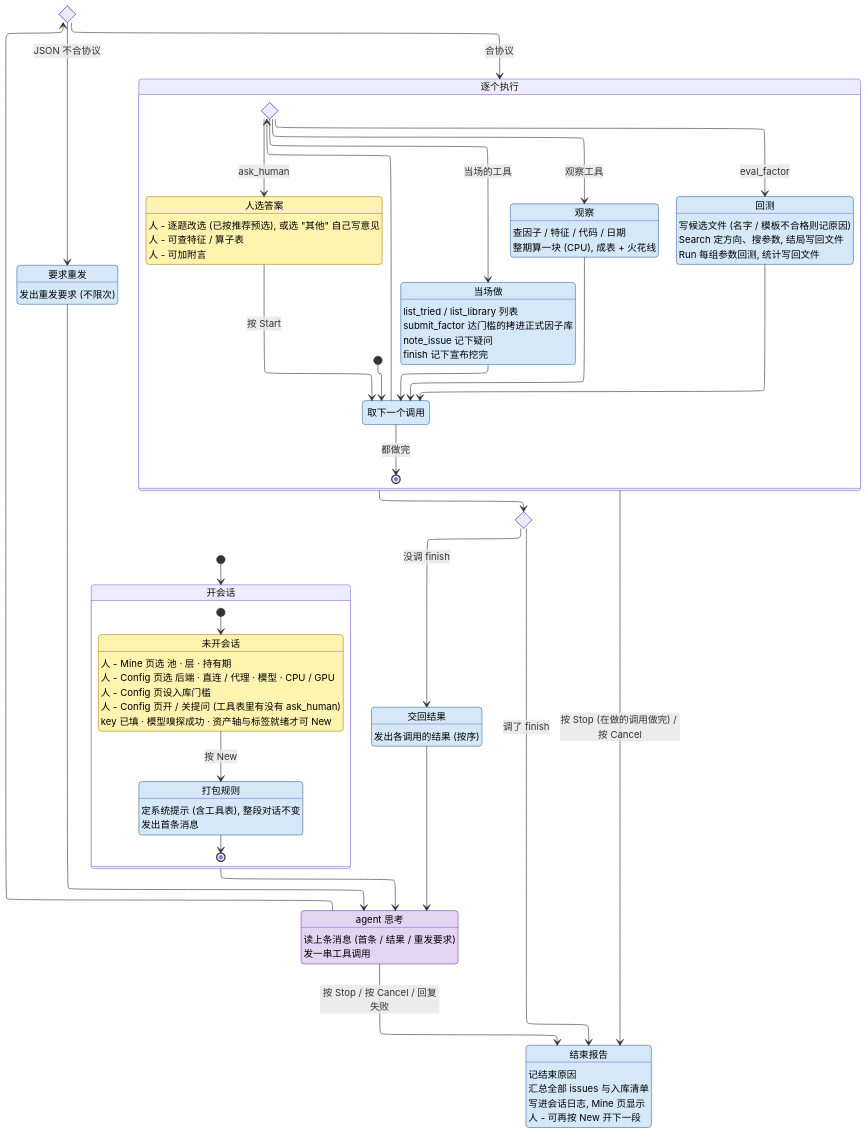
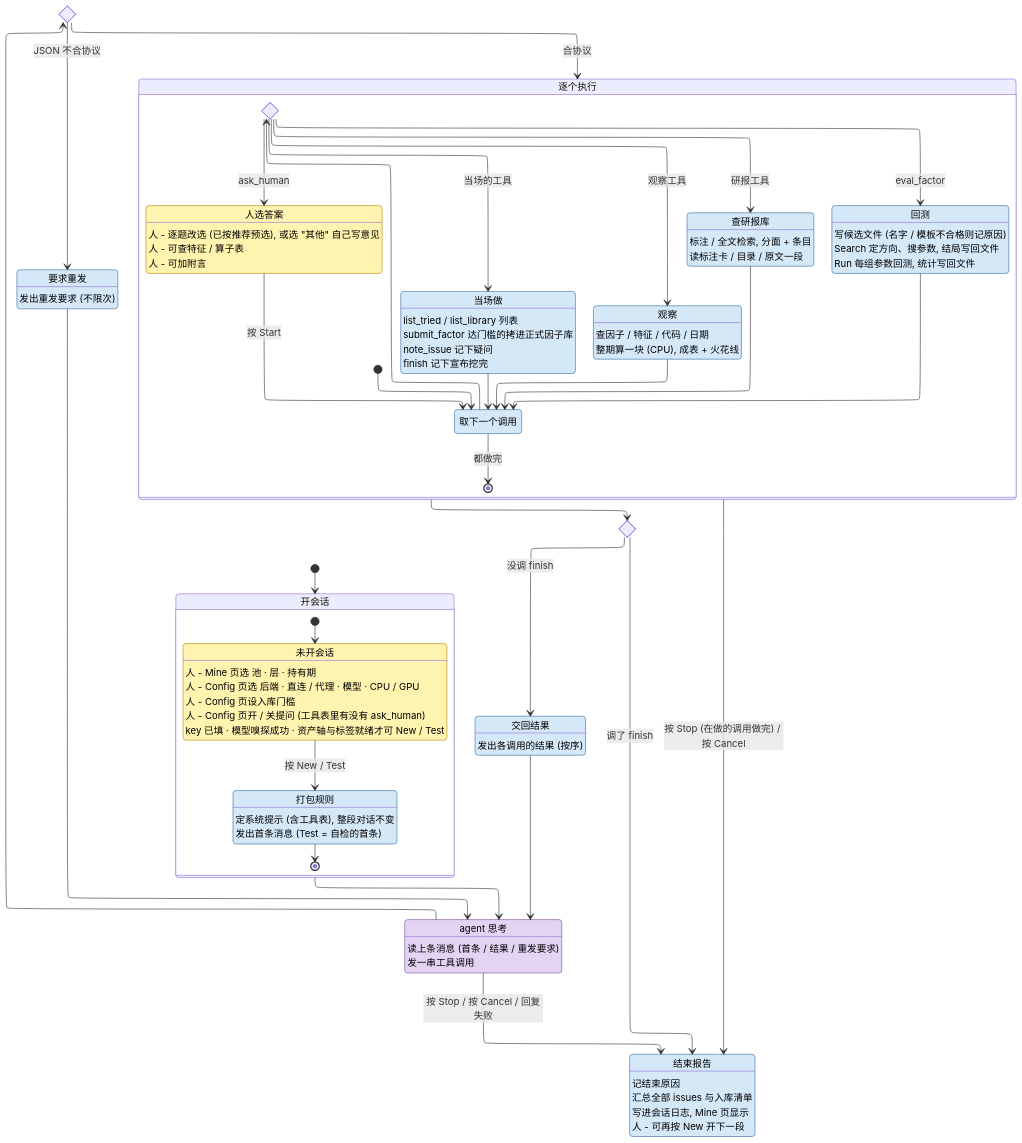
Before and after one commit to CoCoMilkyWay/stk: the diagram in AGENT.md, drawn with Mermaid. The commit also changed other lines of this file and 18 other files, not shown here.

````diff
--- a/AGENT.md
+++ b/AGENT.md
@@ -48,13 +49,13 @@
         None : 人 - Config 页选 后端 · 直连 / 代理 · 模型 · CPU / GPU
         None : 人 - Config 页设入库门槛
         None : 人 - Config 页开 / 关提问 (工具表里有没有 ask_human)
-        None : key 已填 · 模型嗅探成功 · 资产轴与标签就绪才可 New
+        None : key 已填 · 模型嗅探成功 · 资产轴与标签就绪才可 New / Test
         state "打包规则" as Pack
         Pack : 定系统提示 (含工具表), 整段对话不变
-        Pack : 发出首条消息
+        Pack : 发出首条消息 (Test = 自检的首条)
 
         [*] --> None
-        None --> Pack : 按 New
+        None --> Pack : 按 New / Test
         Pack --> [*]
     }
 
@@ -76,6 +77,9 @@
         state "观察" as Look
         Look : 查因子 / 特征 / 代码 / 日期
         Look : 整期算一块 (CPU), 成表 + 火花线
+        state "查研报库" as Docs
+        Docs : 标注 / 全文检索, 分面 + 条目
+        Docs : 读标注卡 / 目录 / 原文一段
         state "回测" as Eval
         Eval : 写候选文件 (名字 / 模板不合格则记原因)
         Eval : Search 定方向、搜参数, 结局写回文件
@@ -89,10 +93,12 @@
         Next --> Kind
         Kind --> Now : 当场的工具
         Kind --> Look : 观察工具
+        Kind --> Docs : 研报工具
         Kind --> Eval : eval_factor
         Kind --> Choose : ask_human
         Now --> Next
         Look --> Next
+        Docs --> Next
         Eval --> Next
         Choose --> Next : 按 Start
         Next --> [*] : 都做完
@@ -125,5 +131,5 @@
     classDef sys fill:#d4e8f8,stroke:#3a6ea5,color:#000
     class None, Choose human
     class Think agent
-    class Pack, Retry, Next, Now, Look, Eval, Round, Report sys
+    class Pack, Retry, Next, Now, Look, Docs, Eval, Round, Report sys
 ```
````
